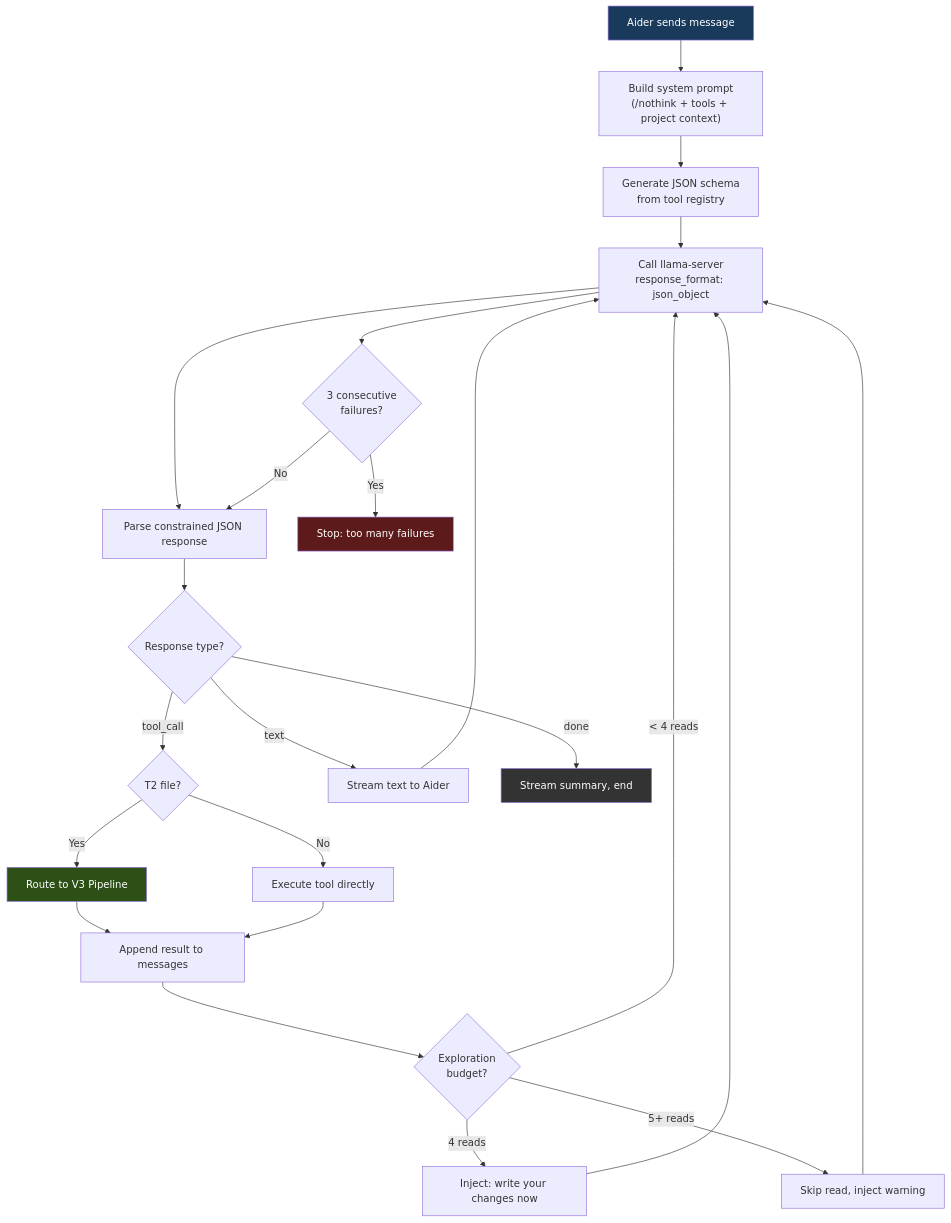
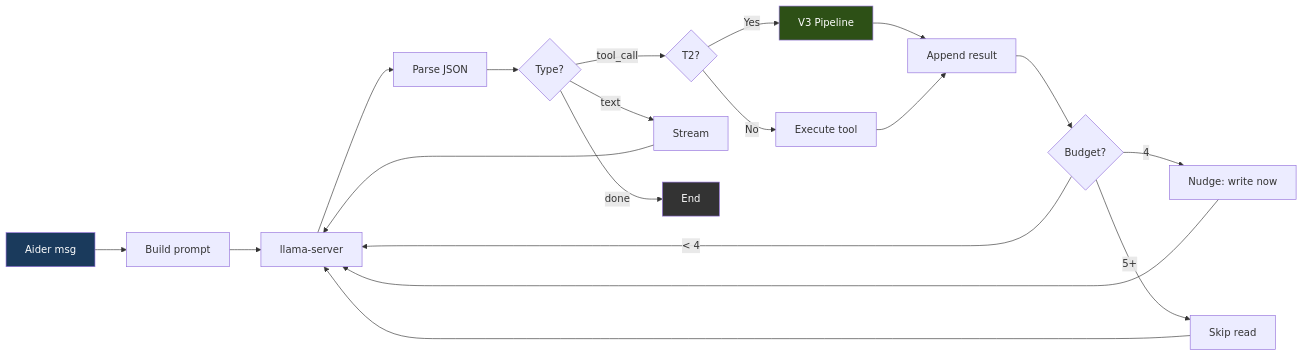
Before and after one commit to itigges22/ATLAS: the third of 13 diagrams in docs/ARCHITECTURE.md, drawn with Mermaid. The commit also changed other lines of this file and 3 other files, not shown here.

First line of the commit message:
docs: Update architecture docs, fix V3_1_STATUS false claims

````diff
--- a/docs/ARCHITECTURE.md
+++ b/docs/ARCHITECTURE.md
@@ -96,30 +79,20 @@
 ```mermaid
-flowchart TD
-    Start["Aider sends message"] --> Build["Build system prompt\n(/nothink + tools + project context)"]
-    Build --> Schema["Generate JSON schema\nfrom tool registry"]
-    Schema --> Call["Call llama-server\nresponse_format: json_object"]
-    Call --> Parse["Parse constrained JSON response"]
-    Parse --> Route{Response type?}
+flowchart LR
+    Start["Aider msg"] --> Build["Build prompt"] --> Call["llama-server"] --> Parse["Parse JSON"]
+    Parse --> Route{Type?}
 
-    Route -->|"tool_call"| Tier{"T2 file?"}
-    Tier -->|"Yes"| V3["Route to V3 Pipeline"]
-    Tier -->|"No"| Exec["Execute tool directly"]
-    V3 --> Result["Append result to messages"]
-    Exec --> Result
-    Result --> Budget{"Exploration\nbudget?"}
-    Budget -->|"< 4 reads"| Call
-    Budget -->|"4 reads"| Warn["Inject: write your changes now"] --> Call
-    Budget -->|"5+ reads"| Skip["Skip read, inject warning"] --> Call
+    Route -->|"tool_call"| Tier{"T2?"}
+    Tier -->|"Yes"| V3["V3 Pipeline"] --> Result["Append result"]
+    Tier -->|"No"| Exec["Execute tool"] --> Result
+    Result --> Budget{"Budget?"}
+    Budget -->|"< 4"| Call
+    Budget -->|"4"| Warn["Nudge: write now"] --> Call
+    Budget -->|"5+"| Skip["Skip read"] --> Call
 
-    Route -->|"text"| Stream["Stream text to Aider"] --> Call
-    Route -->|"done"| Done["Stream summary, end"]
-
-    Call --> ErrCheck{"3 consecutive\nfailures?"}
-    ErrCheck -->|"Yes"| Stop["Stop: too many failures"]
-    ErrCheck -->|"No"| Parse
+    Route -->|"text"| Stream["Stream"] --> Call
+    Route -->|"done"| Done["End"]
 
     style Start fill:#1a3a5c,color:#fff
     style Done fill:#333,color:#fff
-    style Stop fill:#5c1a1a,color:#fff
     style V3 fill:#2d5016,color:#fff
 ```
````
